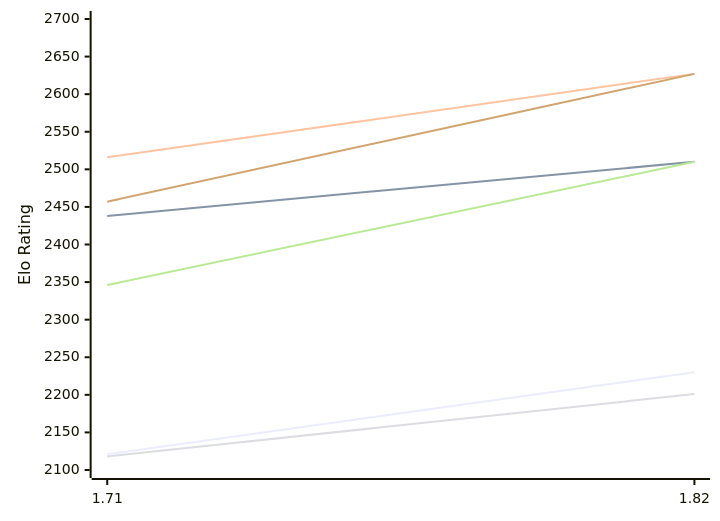
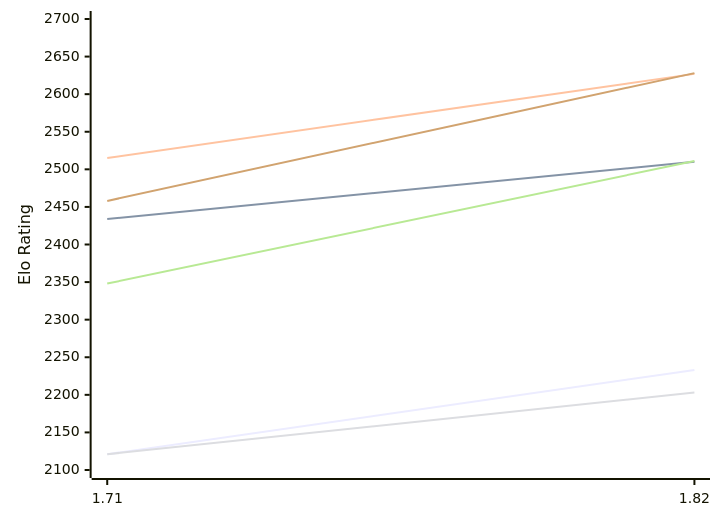
One commit to computer-chess-index/cci changed the first of 2 diagrams in engines/Amira.md. Above: the diagram before and after it, drawn with Mermaid. The commit also changed other lines of this file, not shown here.

Commit message:
Update CCI Ratings (ELO VLTC) - 2026-11-28

````diff
--- a/engines/Amira.md
+++ b/engines/Amira.md
@@ -50,12 +50,12 @@
 ```mermaid
 %%{init: {"theme":"base","themeVariables":{"seriesColors:['#a3a3a3','#222221','#faa371']}}}%%
 xychart-beta
   x-axis ["1.71", "1.82"]
   y-axis "Elo Rating" 2100 --> 2700
-  line "E1: STC (8.0+0.08s)" [2121, 2230]
-  line "E1: LTC (60.0+0.60s)" [2438, 2510]
-  line "E1: VLTC (2m24s+1.12s)" [2516, 2627]
-  line "P1: STC (8.0+0.08s)" [2118, 2201]
-  line "P1: LTC (60.0+0.60s)" [2346, 2510]
-  line "P1: VLTC (2m24s+1.12s)" [2457, 2627]
+  line "E1: STC (8.0+0.08s)" [2121, 2233]
+  line "E1: LTC (60.0+0.60s)" [2434, 2510]
+  line "E1: VLTC (2m24s+1.12s)" [2515, 2627]
+  line "P1: STC (8.0+0.08s)" [2121, 2203]
+  line "P1: LTC (60.0+0.60s)" [2348, 2511]
+  line "P1: VLTC (2m24s+1.12s)" [2458, 2628]
 ```
````
